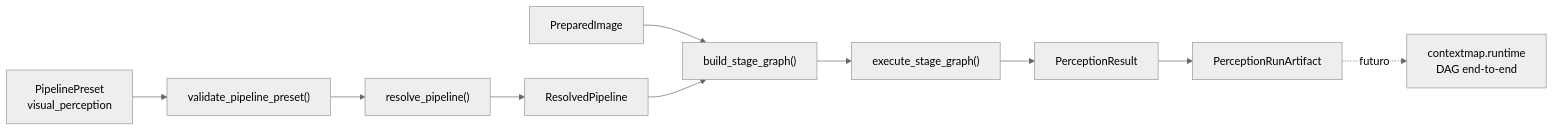
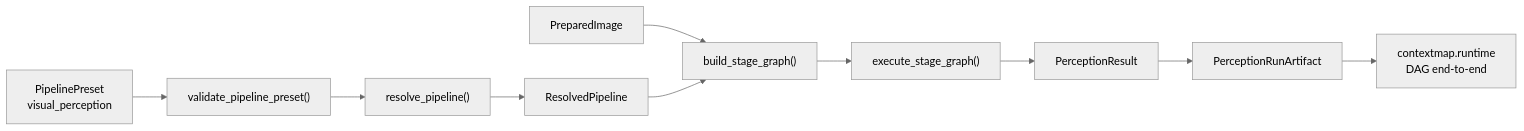
The first of 2 diagrams in docs/runtime-composition.md (Alexandre-Tortoza/contextmap2), drawn with Mermaid (neutral theme) before and after one commit. The commit also changed other lines of this file and 10 other files, not shown here.

````diff
--- a/docs/runtime-composition.md
+++ b/docs/runtime-composition.md
@@ -61,12 +79,12 @@
 ```mermaid
 flowchart LR
     PRESET["PipelinePreset<br/>visual_perception"] --> VALID["validate_pipeline_preset()"]
     VALID --> RES["resolve_pipeline()"]
     RES --> RP["ResolvedPipeline"]
     IMG["PreparedImage"] --> BUILD["build_stage_graph()"]
     RP --> BUILD
     BUILD --> EXEC["execute_stage_graph()"]
     EXEC --> RESULT["PerceptionResult"]
     RESULT --> ART["PerceptionRunArtifact"]
-    ART -. futuro .-> RUNTIME["contextmap.runtime<br/>DAG end-to-end"]
+    ART --> RUNTIME["contextmap.runtime<br/>DAG end-to-end"]
 ```
````
